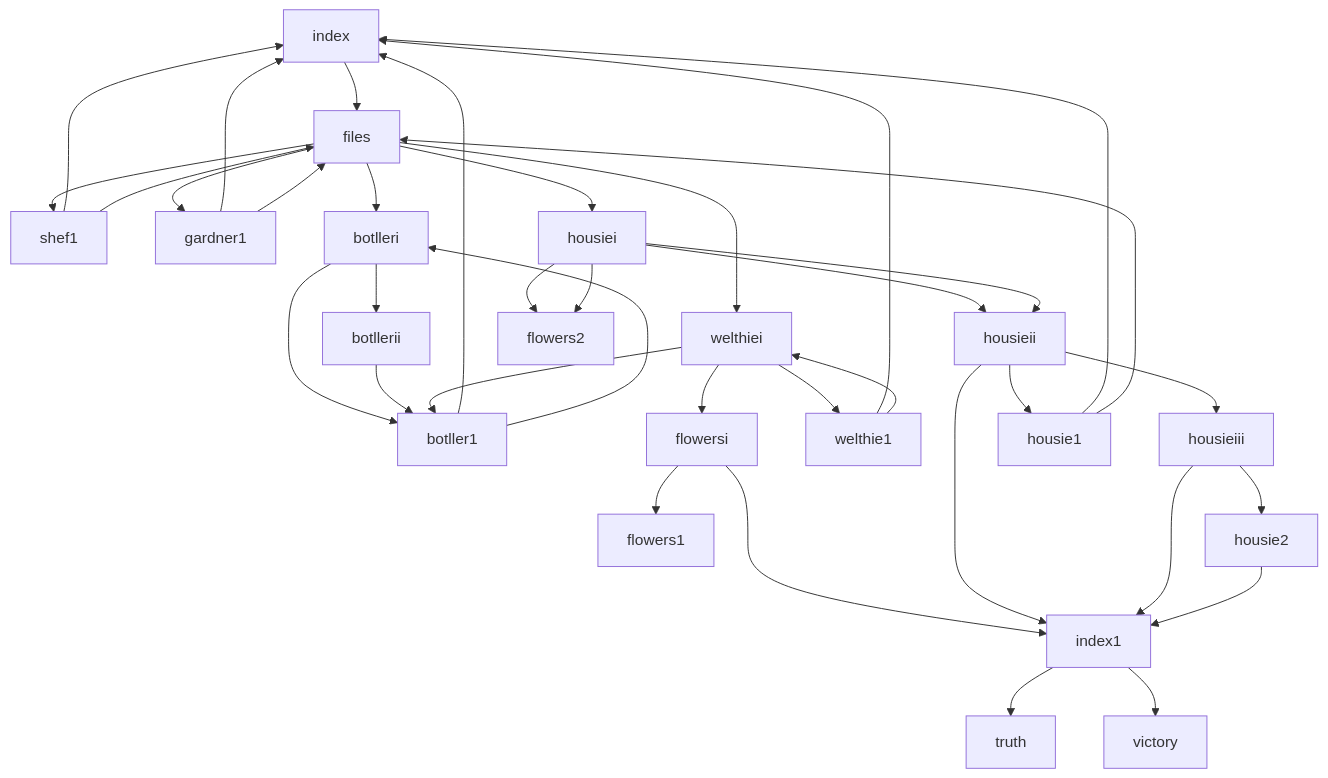
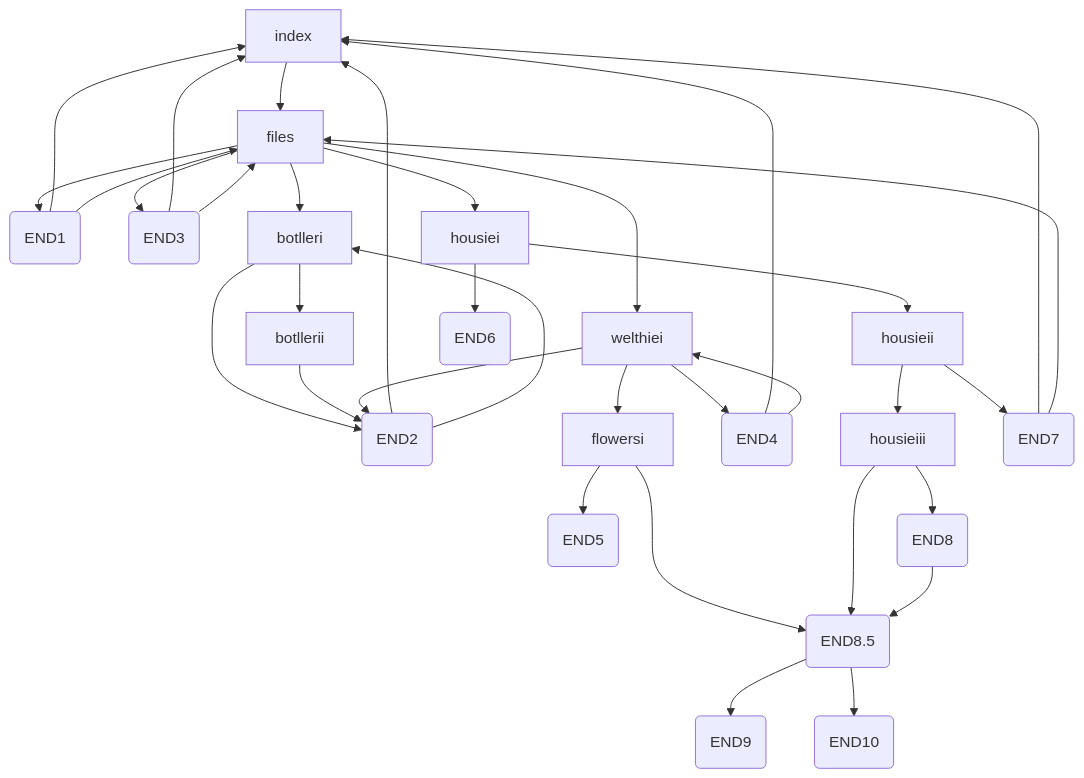
The diagram in README.md (rgbhsl/detective-flowers), drawn with Mermaid before and after one commit. The commit also changed 1 other file, not shown here.

````diff
--- a/README.md
+++ b/README.md
@@ -20,35 +20,34 @@
 ```mermaid
 
 graph TD;
     index --> files
-    files --> shef1 & gardner1 & housiei & botlleri & welthiei
+    files --> shef1(END1) & gardner1(END3) & housiei & botlleri & welthiei
 
 %%Shef, 1 ending
-    shef1 --> index & files
+    shef1(END1) --> index & files
 
 %%Botller, 1 ending
     botlleri --> botllerii & botller1
-    botllerii --> botller1 --> index & botlleri
+    botllerii --> botller1(END2) --> index & botlleri
 
 %%Gardner, 1 ending
-    gardner1 --> index & files
+    gardner1(END3) --> index & files
 
 %%Welthie, 1 ending
     welthiei --> flowersi & welthie1 & botller1
-    welthie1 --> index & welthiei
+    welthie1(END4) --> index & welthiei
 
 %%Flowers, 2 endings
-    flowersi --> flowers1 & index1
-    housiei --> housieii & flowers2
+    flowersi --> flowers1(END5) & index1(END8.5)
+    housiei --> housieii & flowers2(END6)
 
 %%Housie, 2 endings
-    housiei --> housieii & flowers2
-    housieii --> index1 & housieiii & housie1
-    housieiii --> index1 & housie2
-    housie1 --> index & files
-    housie2 --> index1
+    housieii --> housieiii & housie1(END7)
+    housieiii --> index1(END8.5) & housie2(END8)
+    housie1(END7) --> index & files
+    housie2(END8) --> index1(END8.5)
 
 %%Index (2 secret endings)
- index1 --> truth & victory
+ index1(END8.5) --> truth(END9) & victory(END10)
  
 ```
````
